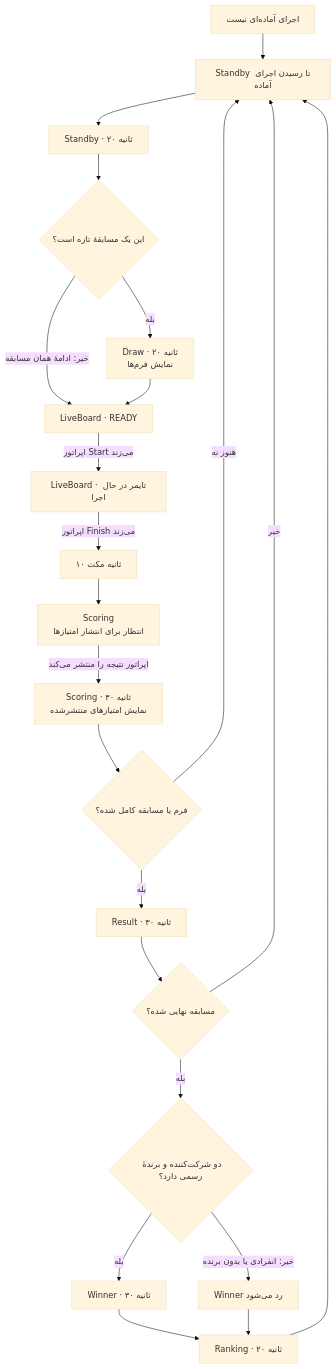
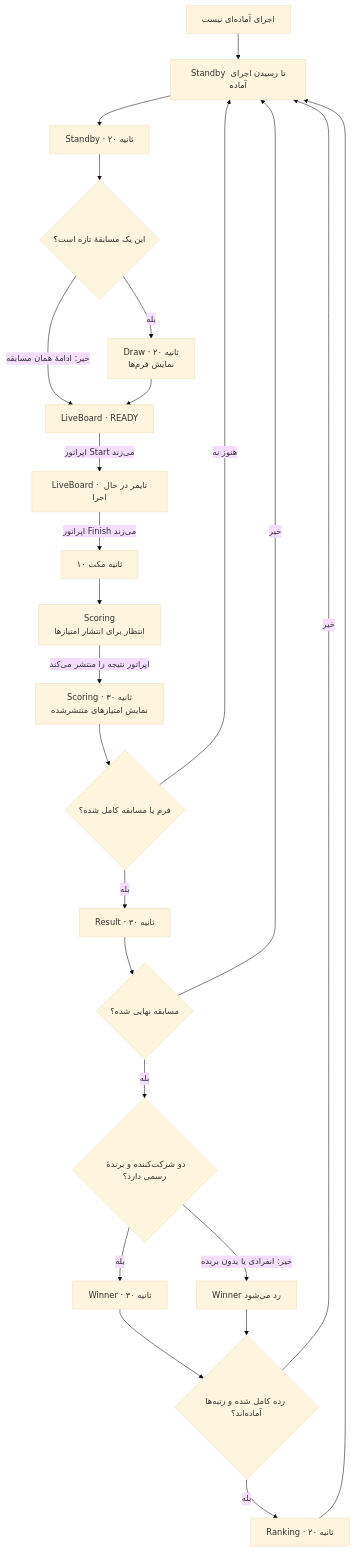
One commit to KasraMehr/poomsae changed the first of 2 diagrams in docs/rtds-competition-flow.md. Above: the diagram before and after it, drawn with Mermaid (base theme). The commit also changed other lines of this file and 4 other files, not shown here.

````diff
--- a/docs/rtds-competition-flow.md
+++ b/docs/rtds-competition-flow.md
@@ -7,24 +7,26 @@
 ```mermaid
 flowchart TD
     A[اجرای آماده‌ای نیست] --> B[Standby تا رسیدن اجرای آماده]
     B --> C[Standby · ۲۰ ثانیه]
     C --> D{این یک مسابقهٔ تازه است؟}
     D -- بله --> E[Draw · ۲۰ ثانیه<br/>نمایش فرم‌ها]
     D -- خیر: ادامهٔ همان مسابقه --> F[LiveBoard · READY]
     E --> F
     F -->|اپراتور Start می‌زند| G[LiveBoard · تایمر در حال اجرا]
     G -->|اپراتور Finish می‌زند| H[۱۰ ثانیه مکث]
     H --> I[Scoring<br/>انتظار برای انتشار امتیازها]
     I -->|اپراتور نتیجه را منتشر می‌کند| J[Scoring · ۳۰ ثانیه<br/>نمایش امتیازهای منتشرشده]
     J --> K{فرم یا مسابقه کامل شده؟}
     K -- هنوز نه --> B
     K -- بله --> L[Result · ۳۰ ثانیه]
     L --> M{مسابقه نهایی شده؟}
     M -- خیر --> B
     M -- بله --> N{دو شرکت‌کننده و برندهٔ رسمی دارد؟}
     N -- بله --> O[Winner · ۳۰ ثانیه]
     N -- خیر: انفرادی یا بدون برنده --> P[Winner رد می‌شود]
-    O --> Q[Ranking · ۲۰ ثانیه]
+    O --> Q{رده کامل شده و رتبه‌ها آماده‌اند؟}
     P --> Q
-    Q --> B
+    Q -- بله --> R[Ranking · ۲۰ ثانیه]
+    Q -- خیر --> B
+    R --> B
 ```
````
